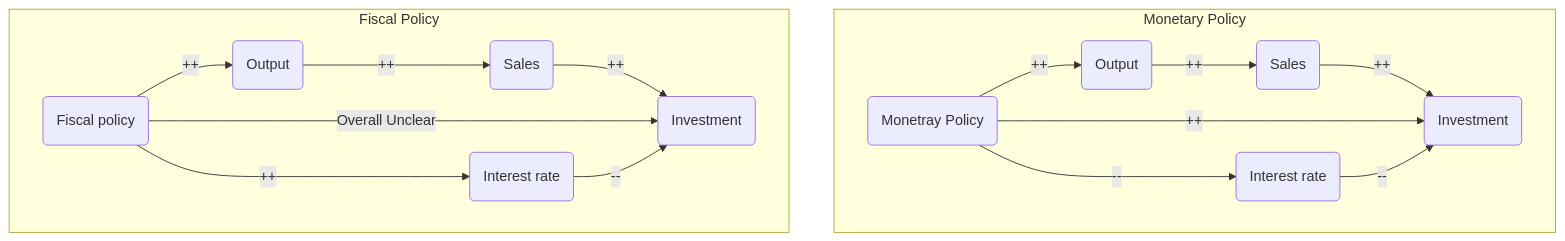
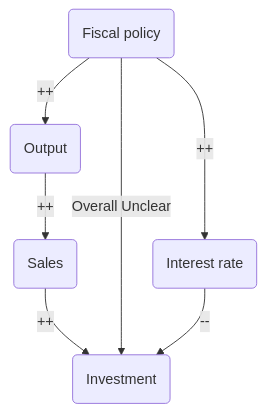
One commit to JermaineChen404/JermaineChen404.github.io changed the fourth of 4 diagrams in docs/ECON2123/The IS-LM Model.md. Above: the diagram before and after it, drawn with Mermaid. The commit also changed 1 other file, not shown here.

````diff
--- a/docs/ECON2123/The IS-LM Model.md
+++ b/docs/ECON2123/The IS-LM Model.md
@@ -142,22 +152,9 @@
 ```mermaid
 flowchart TD
-
-subgraph Monetary Policy
-	6(Monetray Policy) -->|++|7(Output)
-	6 -->|--| 8(Interest rate)
-	7 -->|++| 9(Sales)
-	9 -->|++| 10(Investment)
-	6 -->|++| 10
-	8 -->|--| 10
-end
-
-subgraph Fiscal Policy
 	1(Fiscal policy) -->|++| 2(Output)
 	2 -->|++| 3(Sales)
 	3 -->|++| 4(Investment)
 	1 -->|Overall Unclear |4
 	1 -->|++| 5(Interest rate)
 	5 -->|--| 4
-
-end
 ```
````
